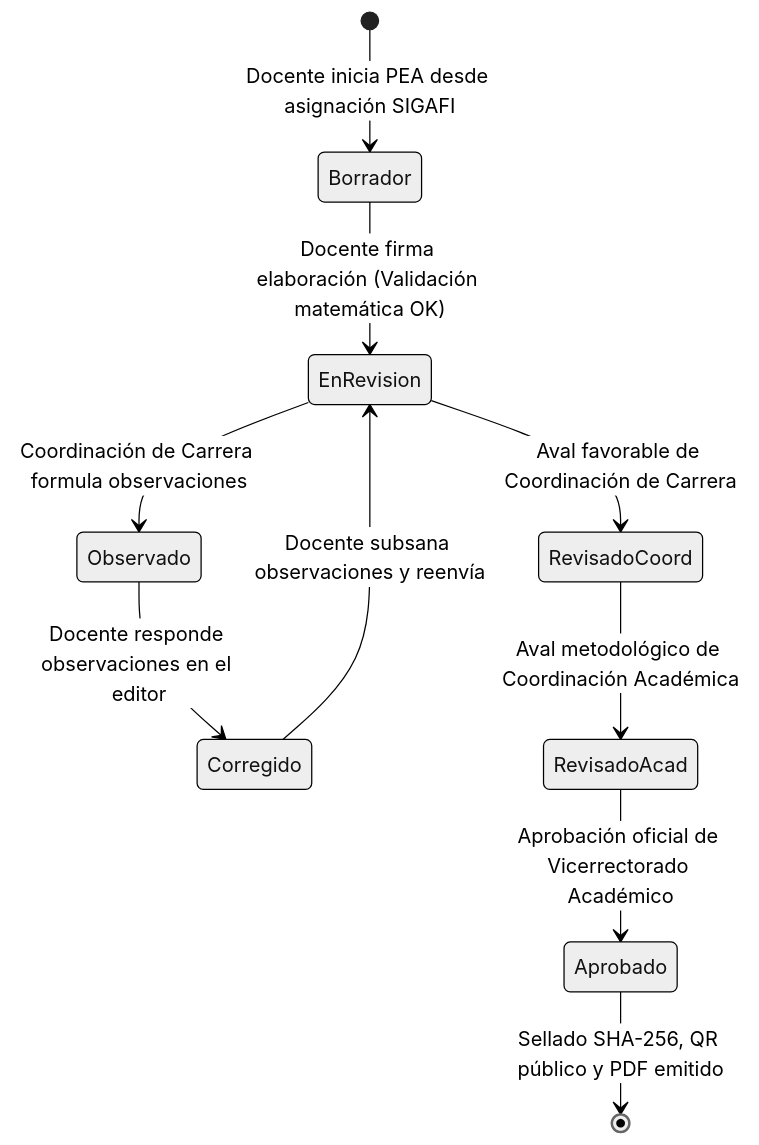
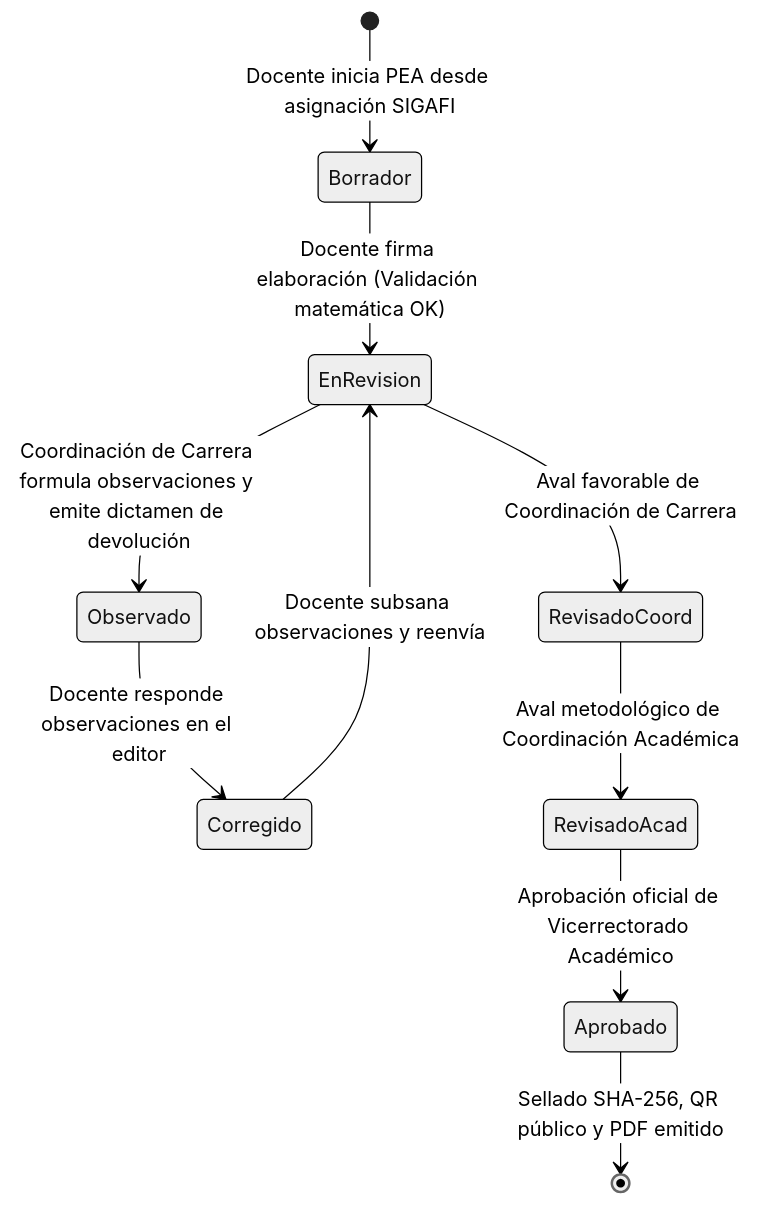
One commit to JorgeDoicela/dosier changed the diagram in docs/documentacion/02-backend-servicios/04-ciclo-vida-curricular-y-workflow.md. Above: the diagram before and after it, drawn with Mermaid (neutral theme). The commit also changed other lines of this file and 10 other files, not shown here.

````diff
--- a/docs/documentacion/02-backend-servicios/04-ciclo-vida-curricular-y-workflow.md
+++ b/docs/documentacion/02-backend-servicios/04-ciclo-vida-curricular-y-workflow.md
@@ -13,12 +13,12 @@
 ```mermaid
 stateDiagram-v2
     [*] --> Borrador: Docente inicia PEA desde asignación SIGAFI
     Borrador --> EnRevision: Docente firma elaboración (Validación matemática OK)
     Corregido --> EnRevision: Docente subsana observaciones y reenvía
-    EnRevision --> Observado: Coordinación de Carrera formula observaciones
+    EnRevision --> Observado: Coordinación de Carrera formula observaciones y emite dictamen de devolución
     Observado --> Corregido: Docente responde observaciones en el editor
     EnRevision --> RevisadoCoord: Aval favorable de Coordinación de Carrera
     RevisadoCoord --> RevisadoAcad: Aval metodológico de Coordinación Académica
     RevisadoAcad --> Aprobado: Aprobación oficial de Vicerrectorado Académico
     Aprobado --> [*]: Sellado SHA-256, QR público y PDF emitido
 ```
````
